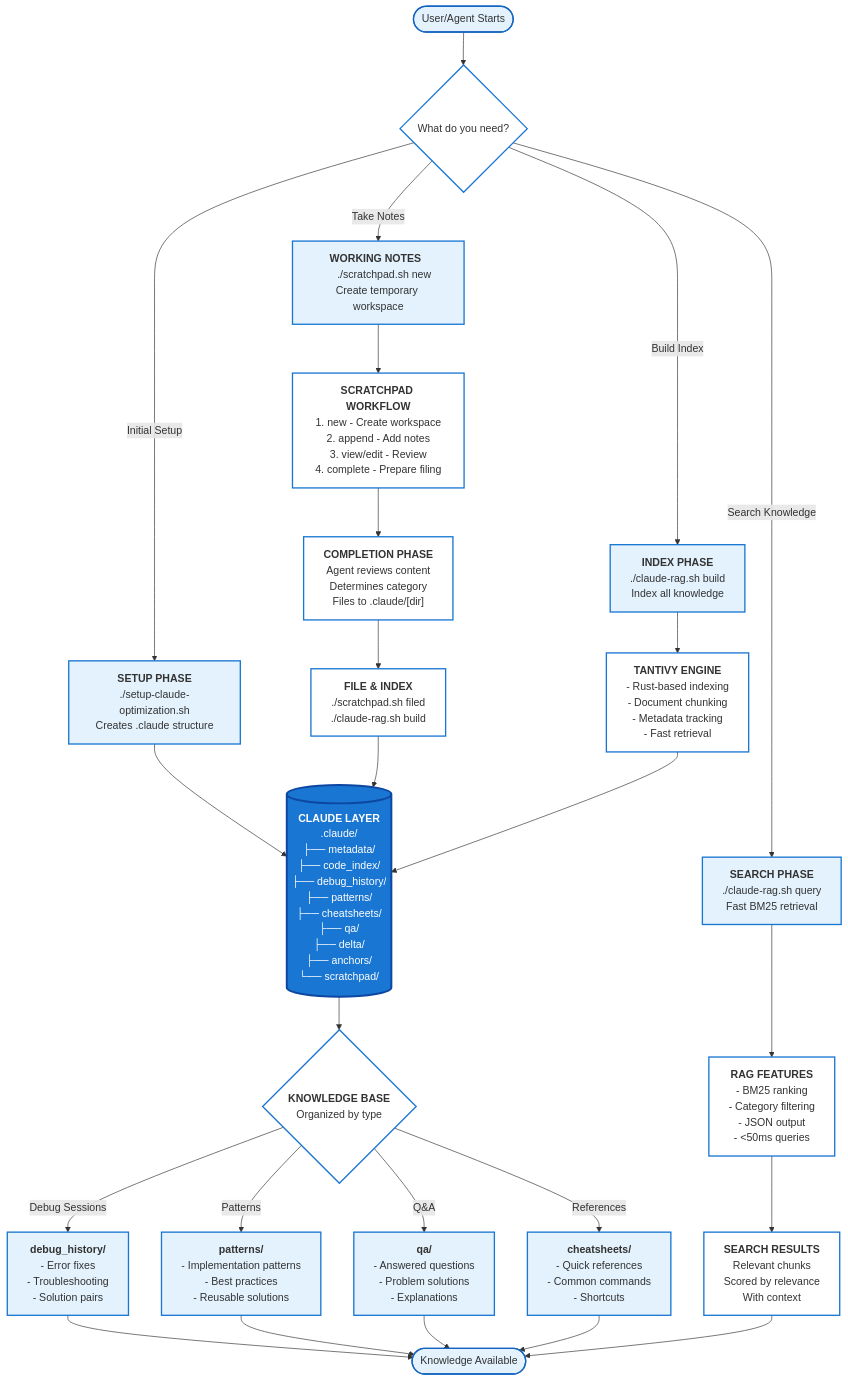
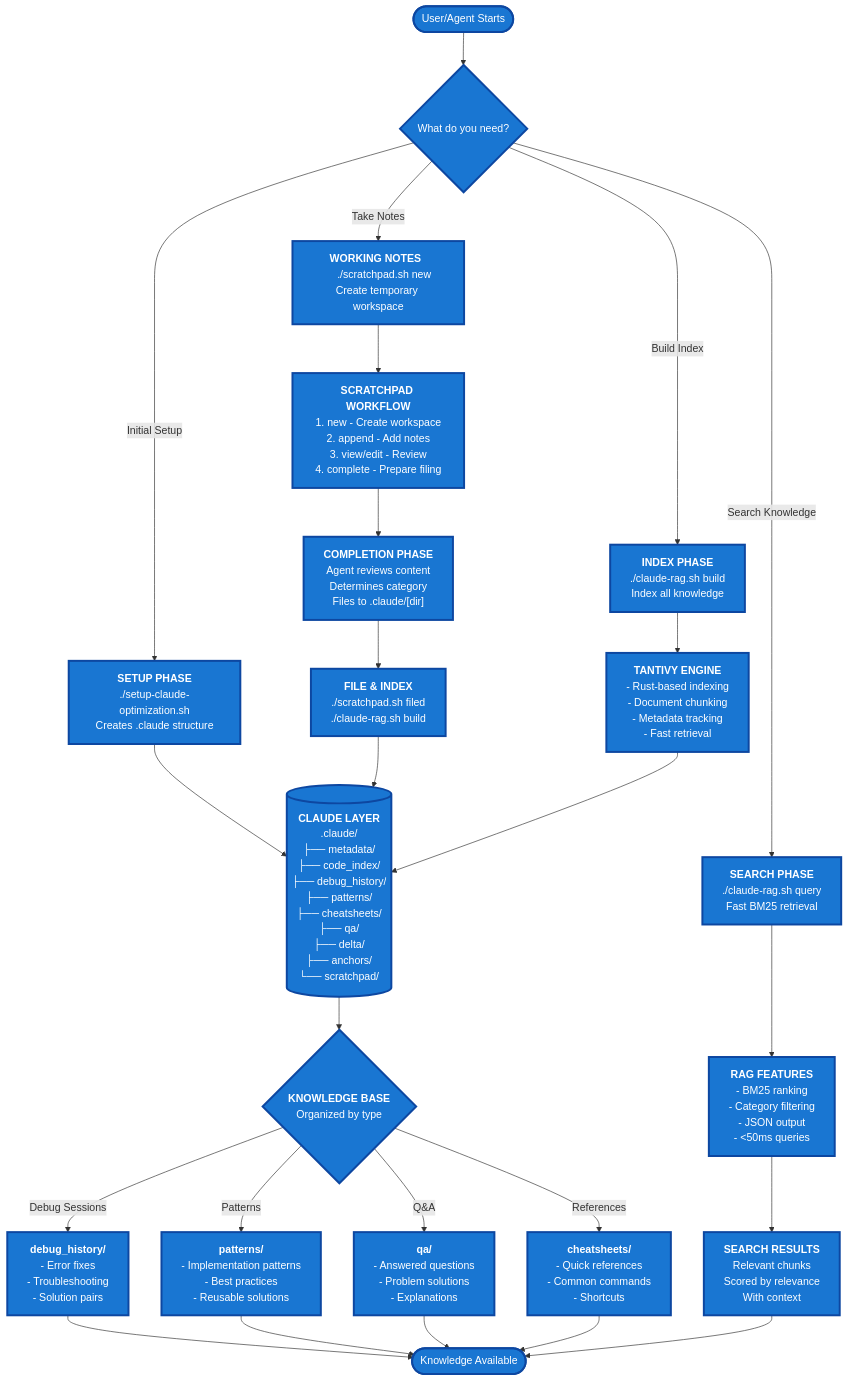
One commit to larock22/llm-agent-tools changed the diagram in README.md. Above: the diagram before and after it, drawn with Mermaid. The commit also changed other lines of this file, not shown here.

Commit message:
Improve flowchart readability and simplify installation
- Update all flowchart nodes to use consistent dark blue (#1976d2) with white text
- Rewrite installation section for better user experience
- Focus on wget commands to add tools to existing projects
- Remove confusing git clone approach

🤖 Generated with [Claude Code](https://claude.ai/code)

````diff
--- a/README.md
+++ b/README.md
@@ -100,23 +100,23 @@
     Refs --> End
     Results --> End
     
-    style Start fill:#e3f2fd,stroke:#1565c0,stroke-width:2px
-    style Choice fill:#ffffff,stroke:#1976d2,stroke-width:2px
+    style Start fill:#1976d2,stroke:#0d47a1,stroke-width:3px,color:#fff
+    style Choice fill:#1976d2,stroke:#0d47a1,stroke-width:3px,color:#fff
     style Claude fill:#1976d2,stroke:#0d47a1,stroke-width:3px,color:#fff
-    style Knowledge fill:#ffffff,stroke:#1976d2,stroke-width:2px
-    style End fill:#e3f2fd,stroke:#1565c0,stroke-width:2px
-    style RAG fill:#ffffff,stroke:#1976d2,stroke-width:2px
-    style Tantivy fill:#ffffff,stroke:#1976d2,stroke-width:2px
-    style Setup fill:#e3f2fd,stroke:#1976d2,stroke-width:2px
-    style Scratch fill:#e3f2fd,stroke:#1976d2,stroke-width:2px
-    style Search fill:#e3f2fd,stroke:#1976d2,stroke-width:2px
-    style Index fill:#e3f2fd,stroke:#1976d2,stroke-width:2px
-    style Work fill:#ffffff,stroke:#1976d2,stroke-width:2px
-    style Complete fill:#ffffff,stroke:#1976d2,stroke-width:2px
-    style Filed fill:#ffffff,stroke:#1976d2,stroke-width:2px
-    style Debug fill:#e3f2fd,stroke:#1976d2,stroke-width:2px
-    style Patterns fill:#e3f2fd,stroke:#1976d2,stroke-width:2px
-    style QA fill:#e3f2fd,stroke:#1976d2,stroke-width:2px
-    style Refs fill:#e3f2fd,stroke:#1976d2,stroke-width:2px
-    style Results fill:#ffffff,stroke:#1976d2,stroke-width:2px
+    style Knowledge fill:#1976d2,stroke:#0d47a1,stroke-width:3px,color:#fff
+    style End fill:#1976d2,stroke:#0d47a1,stroke-width:3px,color:#fff
+    style RAG fill:#1976d2,stroke:#0d47a1,stroke-width:3px,color:#fff
+    style Tantivy fill:#1976d2,stroke:#0d47a1,stroke-width:3px,color:#fff
+    style Setup fill:#1976d2,stroke:#0d47a1,stroke-width:3px,color:#fff
+    style Scratch fill:#1976d2,stroke:#0d47a1,stroke-width:3px,color:#fff
+    style Search fill:#1976d2,stroke:#0d47a1,stroke-width:3px,color:#fff
+    style Index fill:#1976d2,stroke:#0d47a1,stroke-width:3px,color:#fff
+    style Work fill:#1976d2,stroke:#0d47a1,stroke-width:3px,color:#fff
+    style Complete fill:#1976d2,stroke:#0d47a1,stroke-width:3px,color:#fff
+    style Filed fill:#1976d2,stroke:#0d47a1,stroke-width:3px,color:#fff
+    style Debug fill:#1976d2,stroke:#0d47a1,stroke-width:3px,color:#fff
+    style Patterns fill:#1976d2,stroke:#0d47a1,stroke-width:3px,color:#fff
+    style QA fill:#1976d2,stroke:#0d47a1,stroke-width:3px,color:#fff
+    style Refs fill:#1976d2,stroke:#0d47a1,stroke-width:3px,color:#fff
+    style Results fill:#1976d2,stroke:#0d47a1,stroke-width:3px,color:#fff
 ```
````
